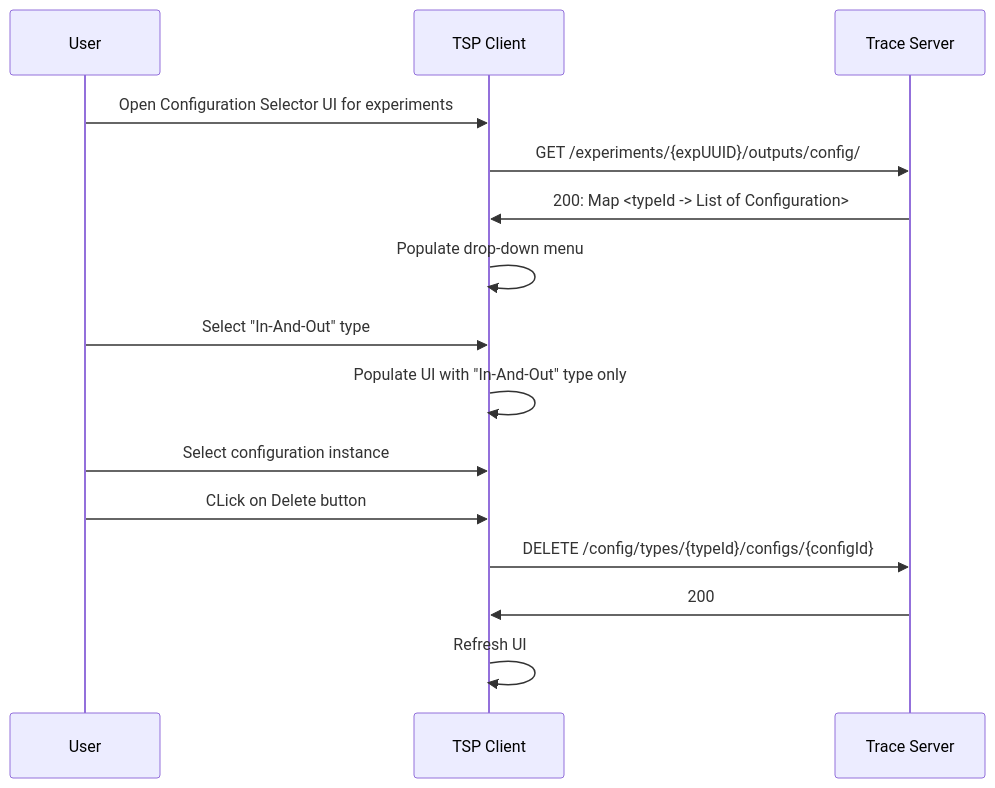
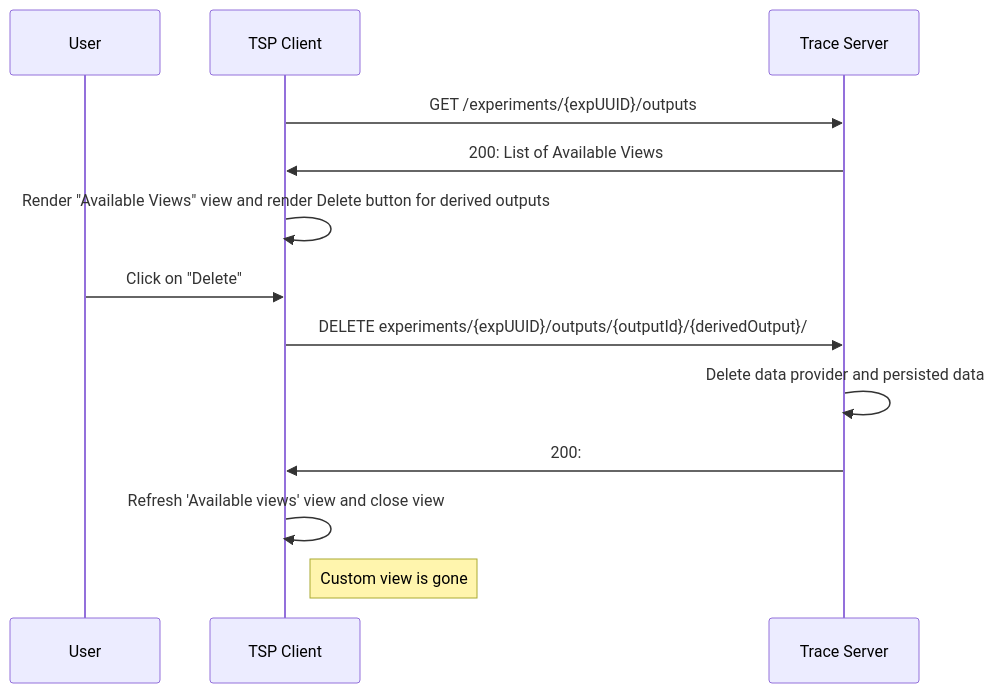
One commit to eclipse-cdt-cloud/theia-trace-extension changed the fifth of 5 diagrams in doc/adr/0011-tsp-analysis-api.md. Above: the diagram before and after it, drawn with Mermaid. The commit also changed other lines of this file, not shown here.

First line of the commit message:
Update 0011-tsp-analysis-api for custom analysis

````diff
--- a/doc/adr/0011-tsp-analysis-api.md
+++ b/doc/adr/0011-tsp-analysis-api.md
@@ -235,17 +312,15 @@
 ```mermaid
 sequenceDiagram
     participant user as User
     participant client as TSP Client
     participant server as Trace Server
-    user->>client: Open Configuration Selector UI for experiments
-    client->>server: GET /experiments/{expUUID}/outputs/config/
-    server->>client: 200: Map <typeId -> List of Configuration>
-    client->>client: Populate drop-down menu
-    user->>client: Select "In-And-Out" type
-    client->>client: Populate UI with "In-And-Out" type only
-    user->>client: Select configuration instance
-    user->>client: CLick on Delete button
-    client->>server: DELETE /config/types/{typeId}/configs/{configId}
-    server->>client: 200
-    client->>client: Refresh UI
+    client->>server: GET /experiments/{expUUID}/outputs
+    server->>client: 200: List of Available Views
+    client->>client: Render "Available Views" view and render Delete button for derived outputs
+    user->>client: Click on "Delete"
+    client->>server: DELETE experiments/{expUUID}/outputs/{outputId}/{derivedOutput}/
+    server->>server: Delete data provider and persisted data
+    server->>client: 200:
+    client->>client: Refresh 'Available views' view and close view
+    Note right of client: Custom view is gone
 ```
````
